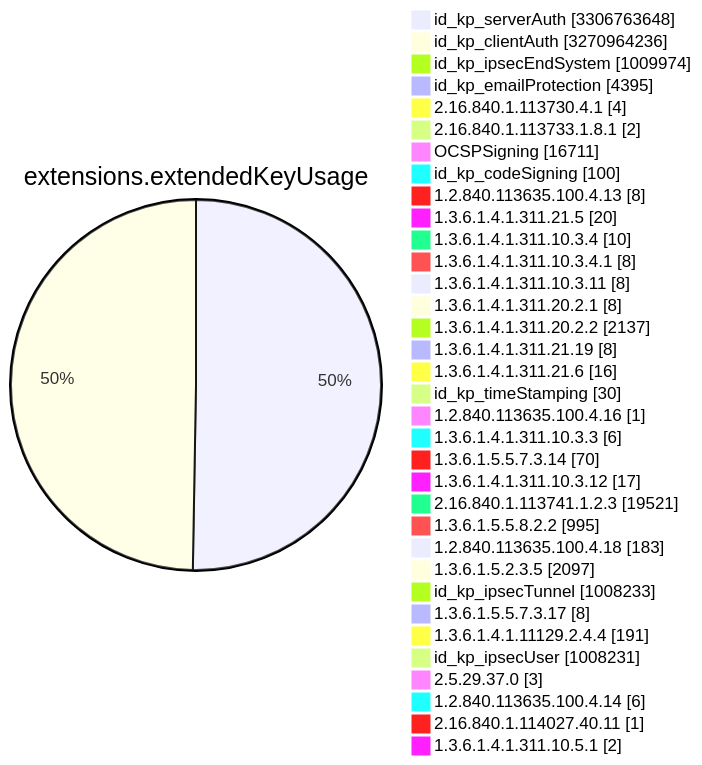
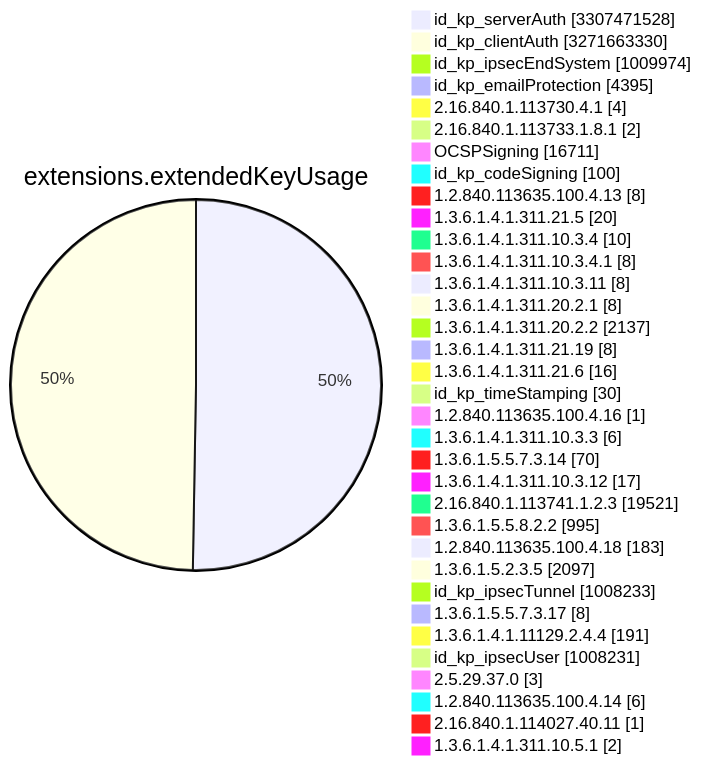
Before and after one commit to christiankrug/ctmonitor_visualization: diagram 11 of 15 in TOTAL/README.md, drawn with Mermaid. The commit also changed other lines of this file, not shown here.

````diff
--- a/TOTAL/README.md
+++ b/TOTAL/README.md
@@ -4120,38 +4120,38 @@
 ```mermaid
 pie showData
 title extensions.extendedKeyUsage
-"id_kp_serverAuth" :3306763648
-"id_kp_clientAuth" :3270964236
+"id_kp_serverAuth" :3307471528
+"id_kp_clientAuth" :3271663330
 "id_kp_ipsecEndSystem" :1009974
 "id_kp_emailProtection" :4395
 "2.16.840.1.113730.4.1" :4
 "2.16.840.1.113733.1.8.1" :2
 "OCSPSigning" :16711
 "id_kp_codeSigning" :100
 "1.2.840.113635.100.4.13" :8
 "1.3.6.1.4.1.311.21.5" :20
 "1.3.6.1.4.1.311.10.3.4" :10
 "1.3.6.1.4.1.311.10.3.4.1" :8
 "1.3.6.1.4.1.311.10.3.11" :8
 "1.3.6.1.4.1.311.20.2.1" :8
 "1.3.6.1.4.1.311.20.2.2" :2137
 "1.3.6.1.4.1.311.21.19" :8
 "1.3.6.1.4.1.311.21.6" :16
 "id_kp_timeStamping" :30
 "1.2.840.113635.100.4.16" :1
 "1.3.6.1.4.1.311.10.3.3" :6
 "1.3.6.1.5.5.7.3.14" :70
 "1.3.6.1.4.1.311.10.3.12" :17
 "2.16.840.1.113741.1.2.3" :19521
 "1.3.6.1.5.5.8.2.2" :995
 "1.2.840.113635.100.4.18" :183
 "1.3.6.1.5.2.3.5" :2097
 "id_kp_ipsecTunnel" :1008233
 "1.3.6.1.5.5.7.3.17" :8
 "1.3.6.1.4.1.11129.2.4.4" :191
 "id_kp_ipsecUser" :1008231
 "2.5.29.37.0" :3
 "1.2.840.113635.100.4.14" :6
 "2.16.840.1.114027.40.11" :1
 "1.3.6.1.4.1.311.10.5.1" :2
 ```
````
